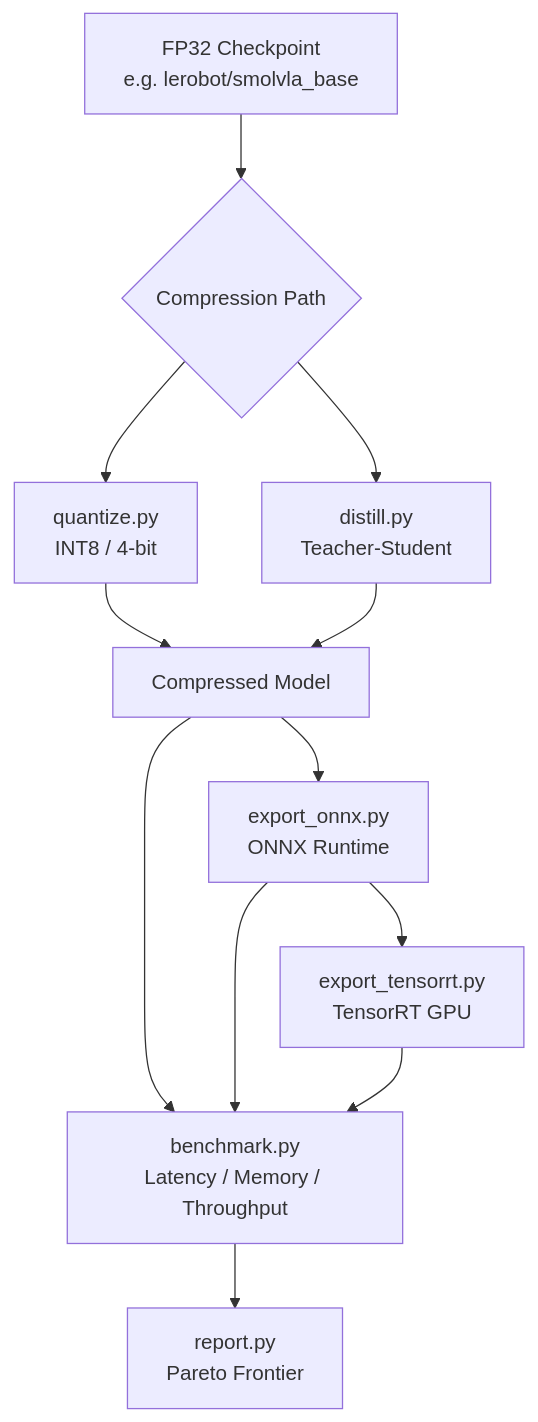
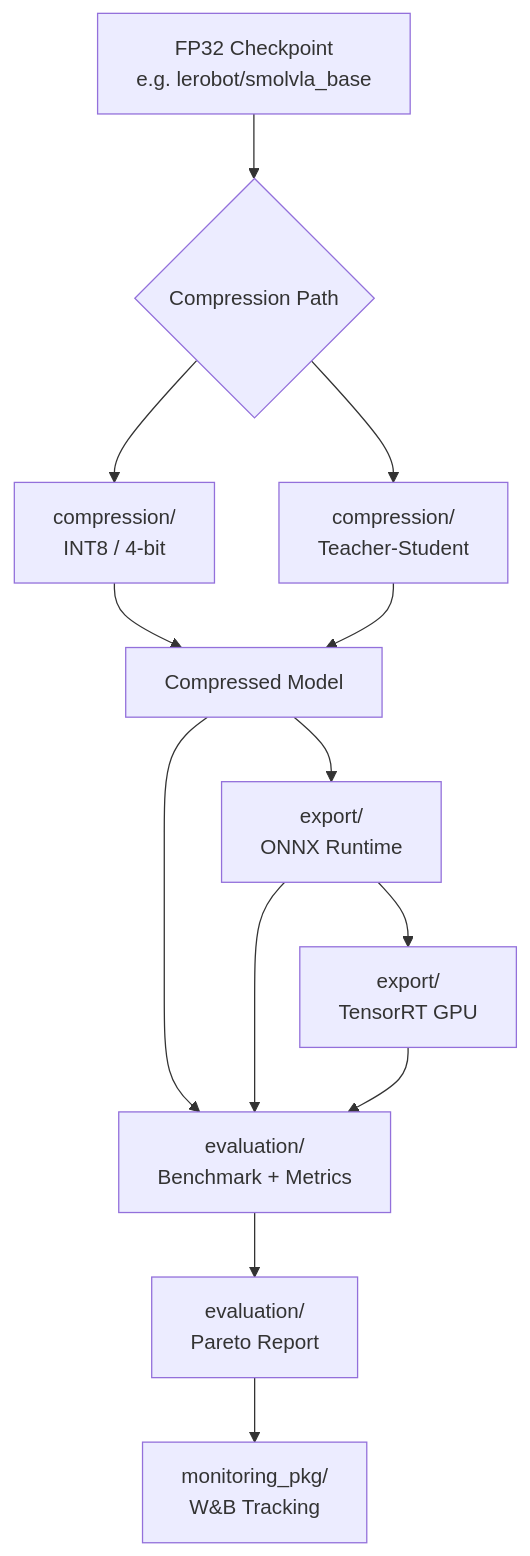
The diagram in README.md (eddisonpham/LeRobot-Edge), drawn with Mermaid before and after one commit. The commit also changed other lines of this file and 30 other files, not shown here.

````diff
--- a/README.md
+++ b/README.md
@@ -9,14 +9,15 @@
 ```mermaid
 graph TD
     A[FP32 Checkpoint<br/>e.g. lerobot/smolvla_base] --> B{Compression Path}
-    B --> C[quantize.py<br/>INT8 / 4-bit]
-    B --> D[distill.py<br/>Teacher-Student]
+    B --> C[compression/<br/>INT8 / 4-bit]
+    B --> D[compression/<br/>Teacher-Student]
     C --> E[Compressed Model]
     D --> E
-    E --> F[export_onnx.py<br/>ONNX Runtime]
-    F --> G[export_tensorrt.py<br/>TensorRT GPU]
-    E --> H[benchmark.py<br/>Latency / Memory / Throughput]
+    E --> F[export/<br/>ONNX Runtime]
+    F --> G[export/<br/>TensorRT GPU]
+    E --> H[evaluation/<br/>Benchmark + Metrics]
     F --> H
     G --> H
-    H --> I[report.py<br/>Pareto Frontier]
+    H --> I[evaluation/<br/>Pareto Report]
+    I --> J[monitoring_pkg/<br/>W&B Tracking]
 ```
````
